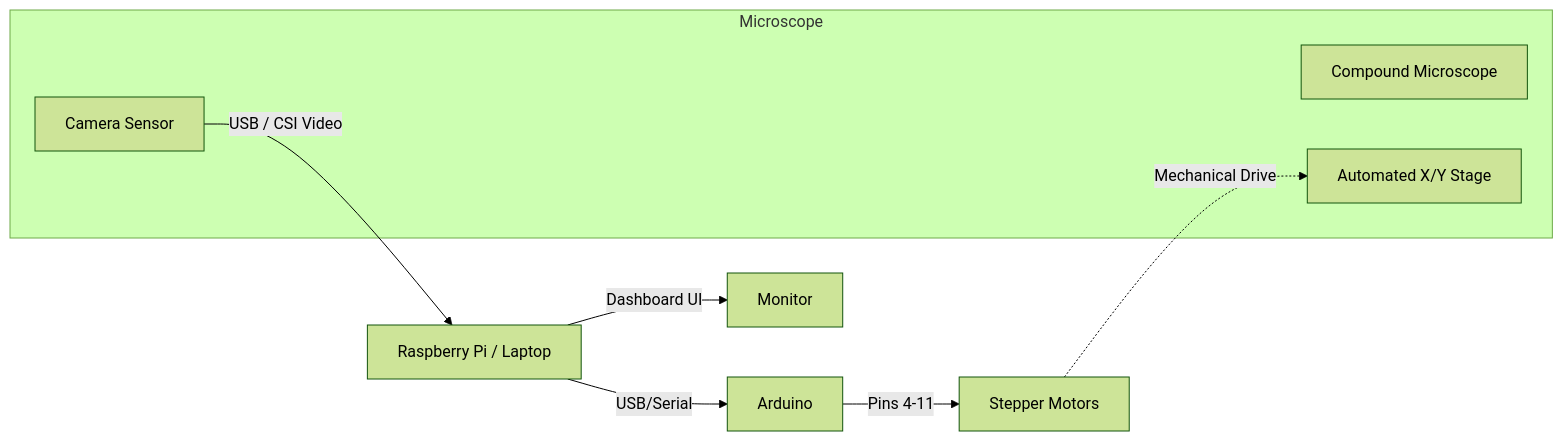
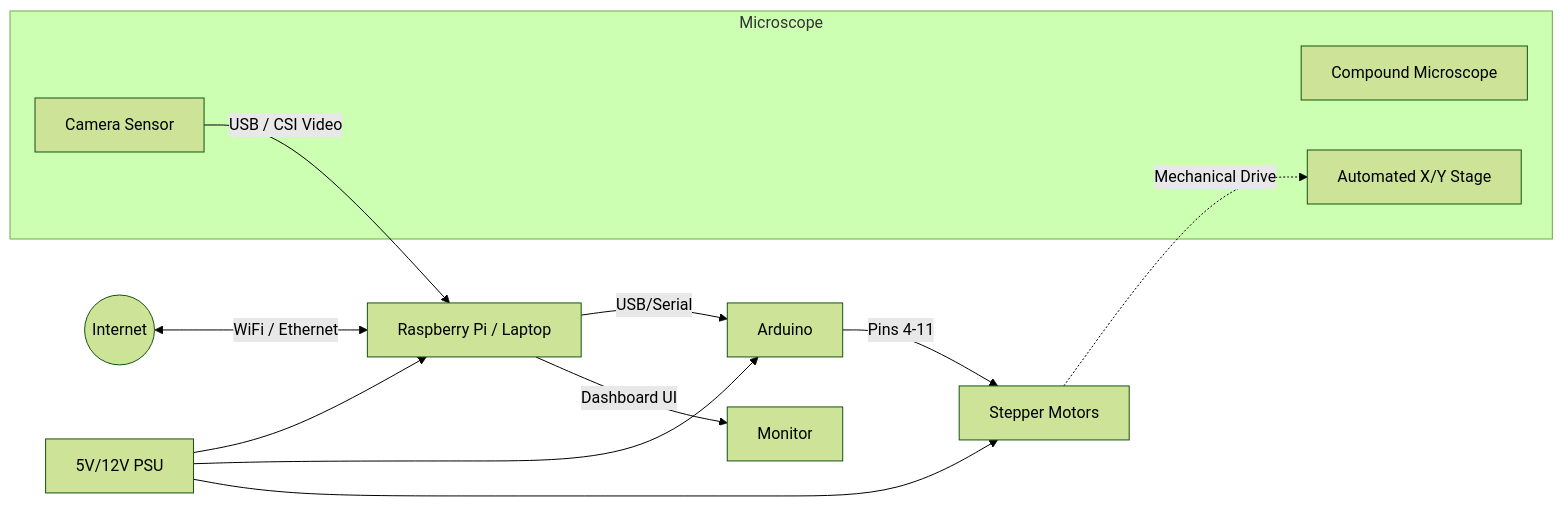
Before and after one commit to mcggEz/microview-ai: the second of 4 diagrams in README.md, drawn with Mermaid (forest theme).

Commit message:
docs: update Hardware Setup Overview with Internet and Power Supply

````diff
--- a/README.md
+++ b/README.md
@@ -66,16 +66,21 @@
 ```mermaid
 flowchart LR
   subgraph Microscope
     SCOPE[Compound Microscope]
     STAGE[Automated X/Y Stage]
     SENSOR[Camera Sensor]
   end
 
-  SENSOR -->|USB / CSI Video| RPI[Raspberry Pi / Laptop]
+  INET((Internet)) <-->|WiFi / Ethernet| RPI[Raspberry Pi / Laptop]
+  PSU[5V/12V PSU] --> RPI
+  PSU --> ARD[Arduino]
+  PSU --> STEP[Stepper Motors]
 
-  RPI -->|USB/Serial| ARD[Arduino]
-  ARD -->|Pins 4-11| STEP[Stepper Motors]
+  SENSOR -->|USB / CSI Video| RPI
+
+  RPI -->|USB/Serial| ARD
+  ARD -->|Pins 4-11| STEP
   STEP -.->|Mechanical Drive| STAGE
 
   RPI -->|Dashboard UI| MON[Monitor]
 ```
````
